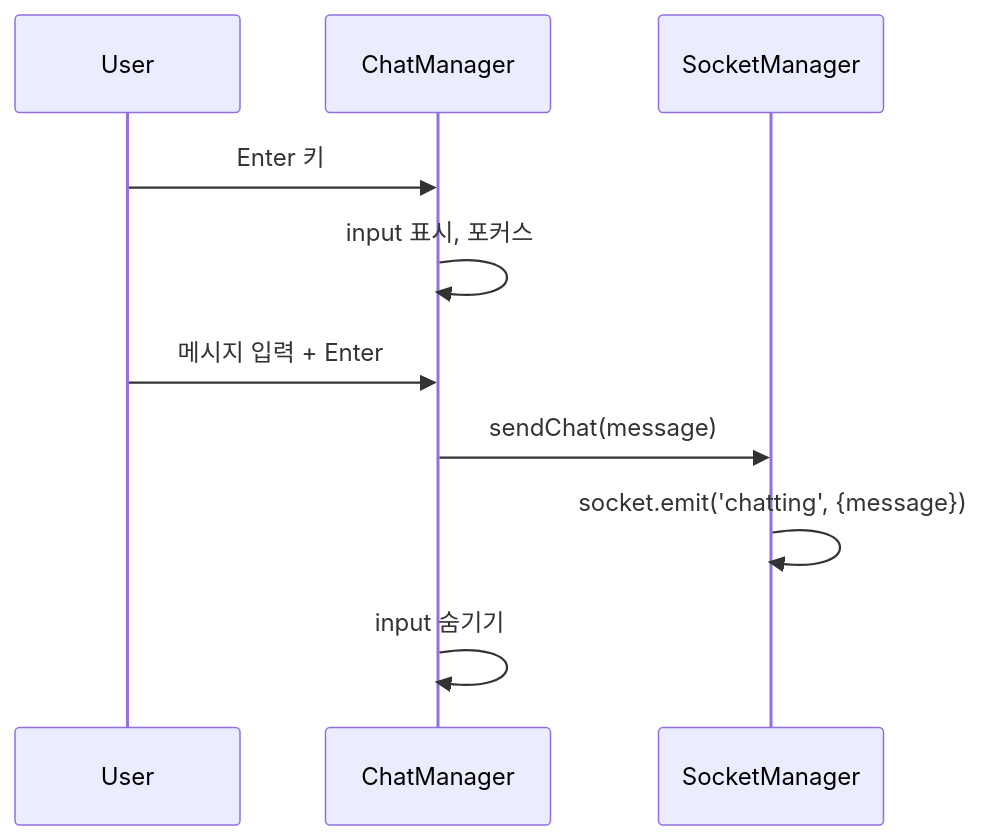
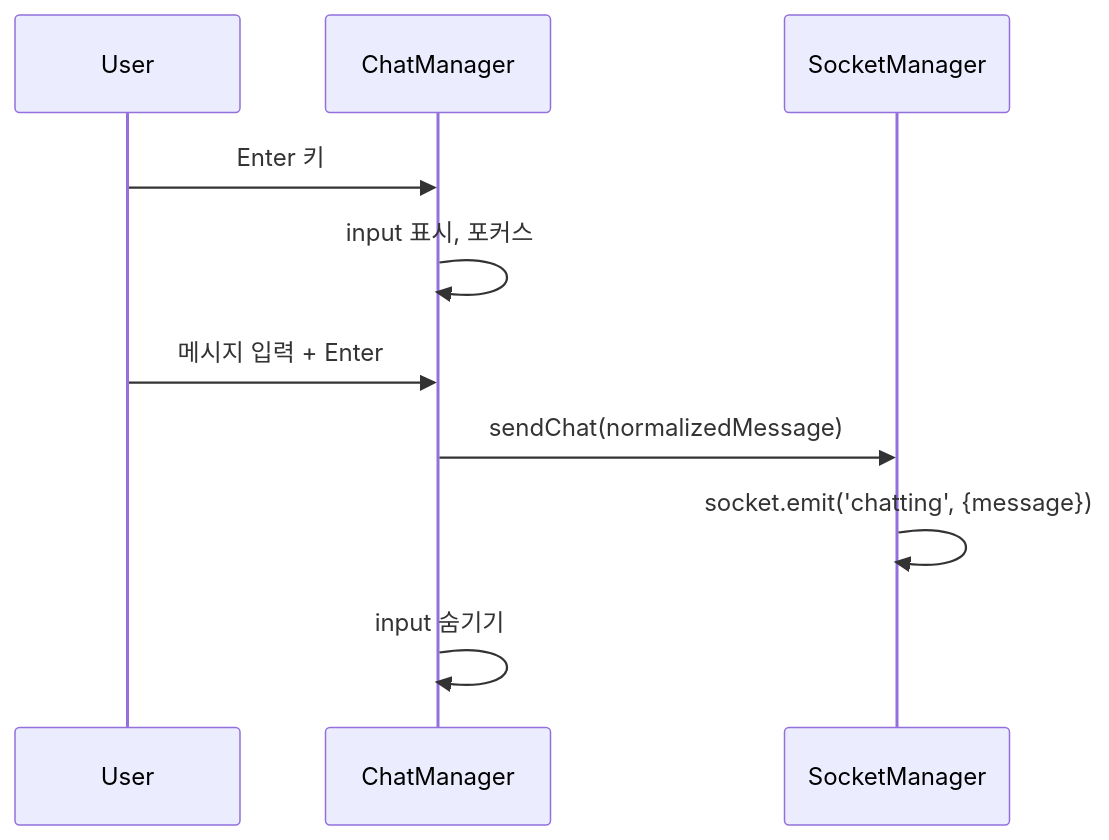
Before and after one commit to boostcampwm2025/web19-estrogenquattro: the fourth of 5 diagrams in docs/architecture/GAME_MANAGERS.md, drawn with Mermaid. The commit also changed other lines of this file and 9 other files, not shown here.

````diff
--- a/docs/architecture/GAME_MANAGERS.md
+++ b/docs/architecture/GAME_MANAGERS.md
@@ -257,14 +258,14 @@
 ```mermaid
 sequenceDiagram
     participant U as User
     participant C as ChatManager
     participant S as SocketManager
 
     U->>C: Enter 키
     C->>C: input 표시, 포커스
 
     U->>C: 메시지 입력 + Enter
-    C->>S: sendChat(message)
+    C->>S: sendChat(normalizedMessage)
     S->>S: socket.emit('chatting', {message})
     C->>C: input 숨기기
 ```
````
